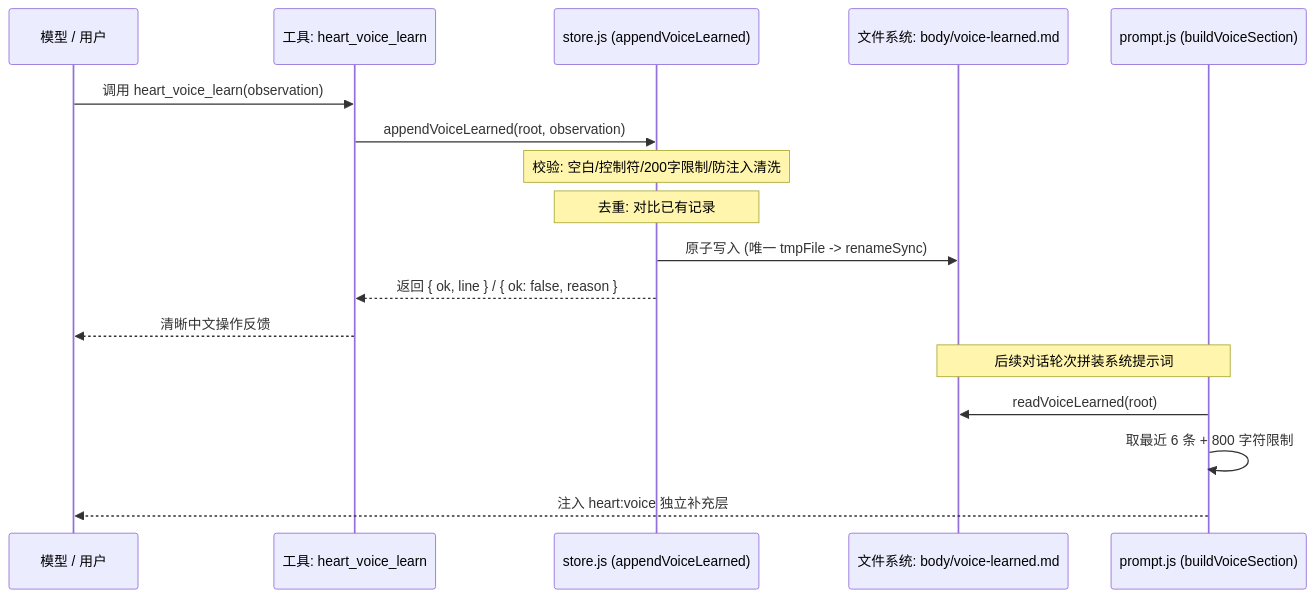
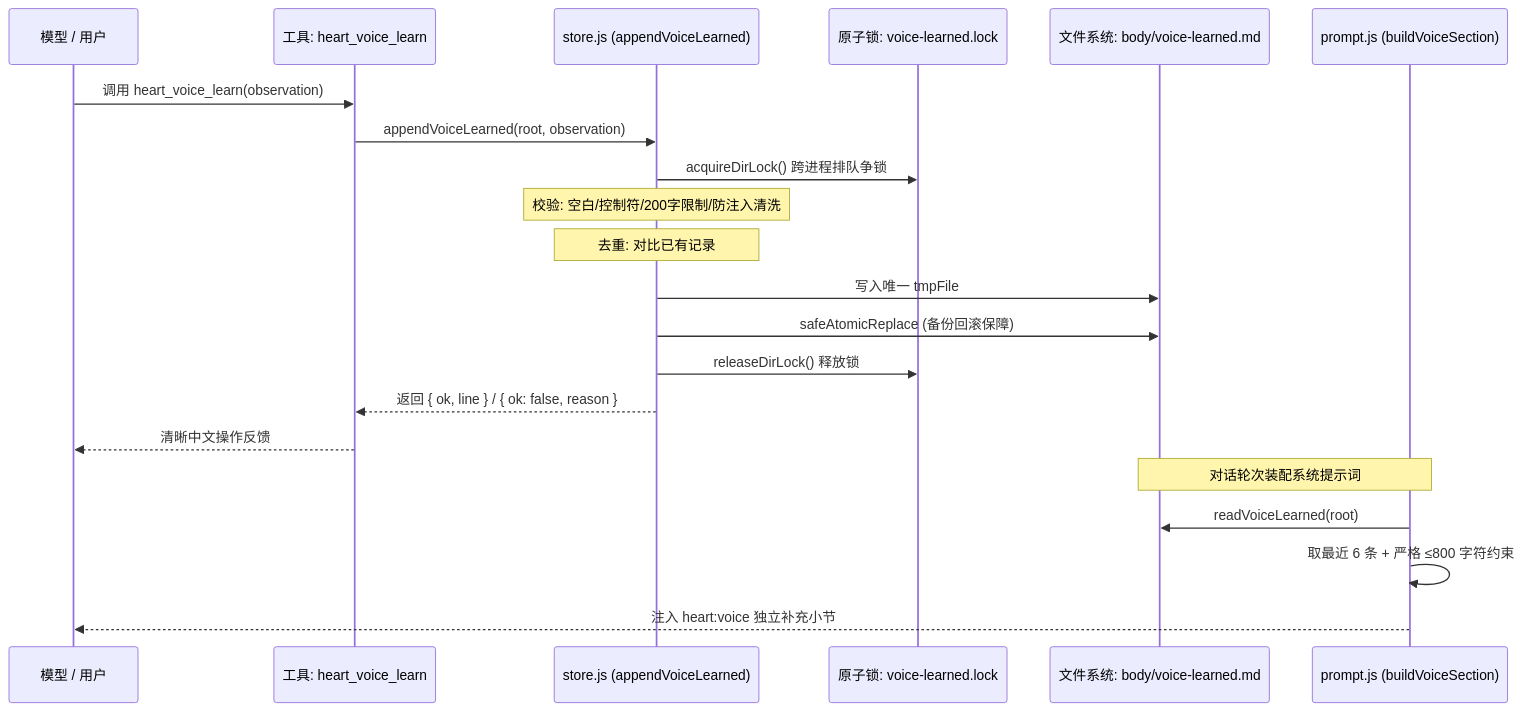
The diagram in docs/step1-voice-evolution-review.md (kirigayakazima/dsh-heart), drawn with Mermaid before and after one commit. The commit also changed other lines of this file and 4 other files, not shown here.

````diff
--- a/docs/step1-voice-evolution-review.md
+++ b/docs/step1-voice-evolution-review.md
@@ -32,21 +34,25 @@
 ```mermaid
 sequenceDiagram
     participant Agent as 模型 / 用户
     participant Tool as 工具: heart_voice_learn
     participant Store as store.js (appendVoiceLearned)
+    participant Lock as 原子锁: voice-learned.lock
     participant FS as 文件系统: body/voice-learned.md
     participant Prompt as prompt.js (buildVoiceSection)
 
     Agent->>Tool: 调用 heart_voice_learn(observation)
     Tool->>Store: appendVoiceLearned(root, observation)
+    Store->>Lock: acquireDirLock() 跨进程排队争锁
     Note over Store: 校验: 空白/控制符/200字限制/防注入清洗
     Note over Store: 去重: 对比已有记录
-    Store->>FS: 原子写入 (唯一 tmpFile -> renameSync)
+    Store->>FS: 写入唯一 tmpFile
+    Store->>FS: safeAtomicReplace (备份回滚保障)
+    Store->>Lock: releaseDirLock() 释放锁
     Store-->>Tool: 返回 { ok, line } / { ok: false, reason }
     Tool-->>Agent: 清晰中文操作反馈
 
-    Note over Prompt,FS: 后续对话轮次拼装系统提示词
+    Note over Prompt,FS: 对话轮次装配系统提示词
     Prompt->>FS: readVoiceLearned(root)
-    Prompt->>Prompt: 取最近 6 条 + 800 字符限制
-    Prompt-->>Agent: 注入 heart:voice 独立补充层
+    Prompt->>Prompt: 取最近 6 条 + 严格 ≤800 字符约束
+    Prompt-->>Agent: 注入 heart:voice 独立补充小节
 ```
````
